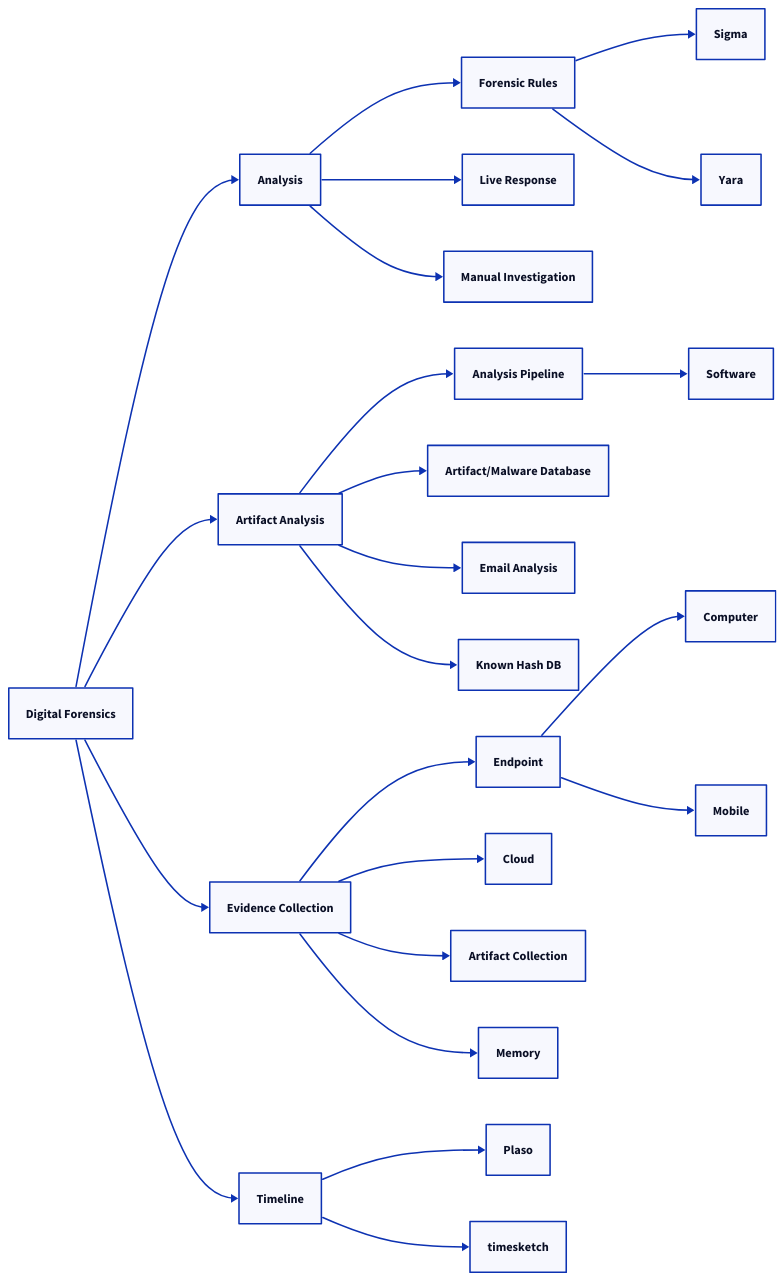
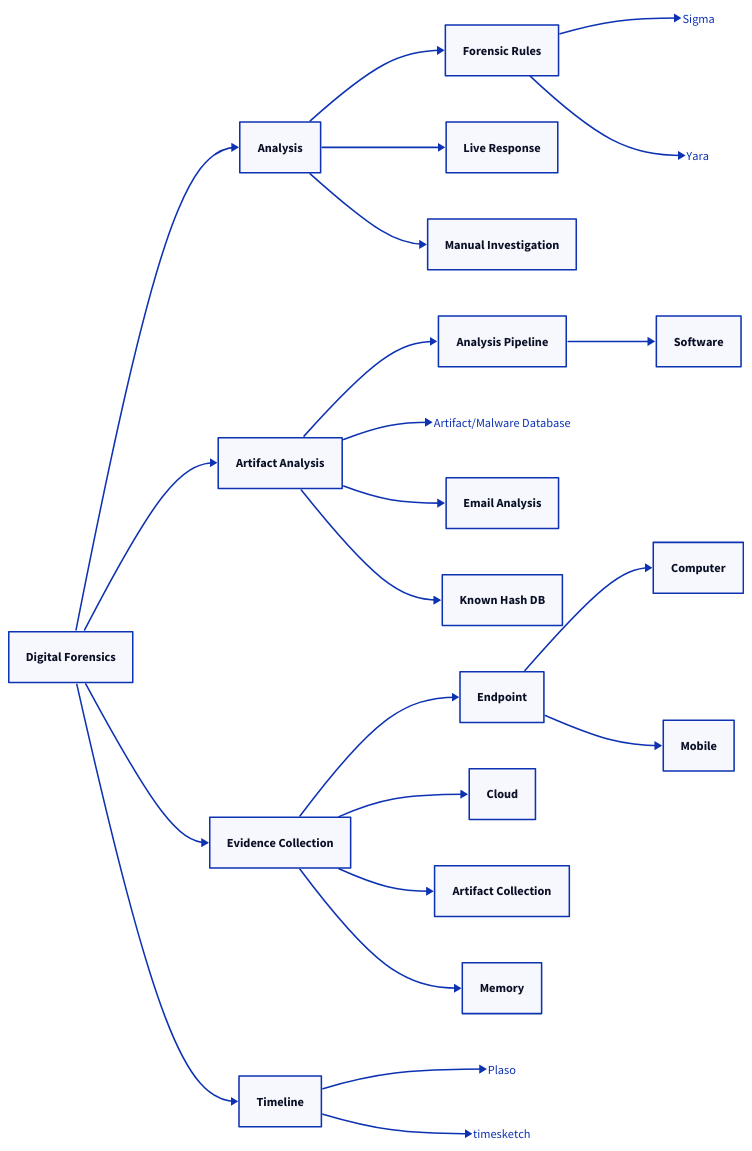
The diagram in content/3 Digital Forensics.md (cyberpetrol/security-mindmaps), drawn with D2 before and after one commit. The commit also changed other lines of this file and 4 other files, not shown here.

````diff
--- a/content/3 Digital Forensics.md
+++ b/content/3 Digital Forensics.md
@@ -1,22 +3,37 @@
 ```d2
 direction: right
 
 Digital Forensics -> Analysis -> Forensic Rules -> Sigma
+Sigma: |md
+    [Sigma](https://sigmahq.io/)
+|
 Forensic Rules -> Yara
+Yara: |md
+    [Yara](https://virustotal.github.io/yara/)
+|
 Analysis -> Live Response
 Analysis -> Manual Investigation
 
 Digital Forensics -> Artifact Analysis -> Analysis Pipeline -> Software
 Artifact Analysis -> Artifact/Malware Database
+Artifact/Malware Database: |md
+    [Artifact/Malware Database](https://mwdb.readthedocs.io/en/latest/)
+|
 Artifact Analysis -> Email Analysis
 Artifact Analysis -> Known Hash DB
 
 Digital Forensics -> Evidence Collection -> Endpoint -> Computer
 Endpoint -> Mobile
 Evidence Collection -> Cloud
 Evidence Collection -> Artifact Collection
 Evidence Collection -> Memory
 
 Digital Forensics -> Timeline -> Plaso
+Plaso: |md
+    [Plaso](https://plaso.readthedocs.io/en/latest/)
+|
 Timeline -> timesketch
+timesketch: |md
+    [timesketch](https://timesketch.org/)
+|     
 ```
````
